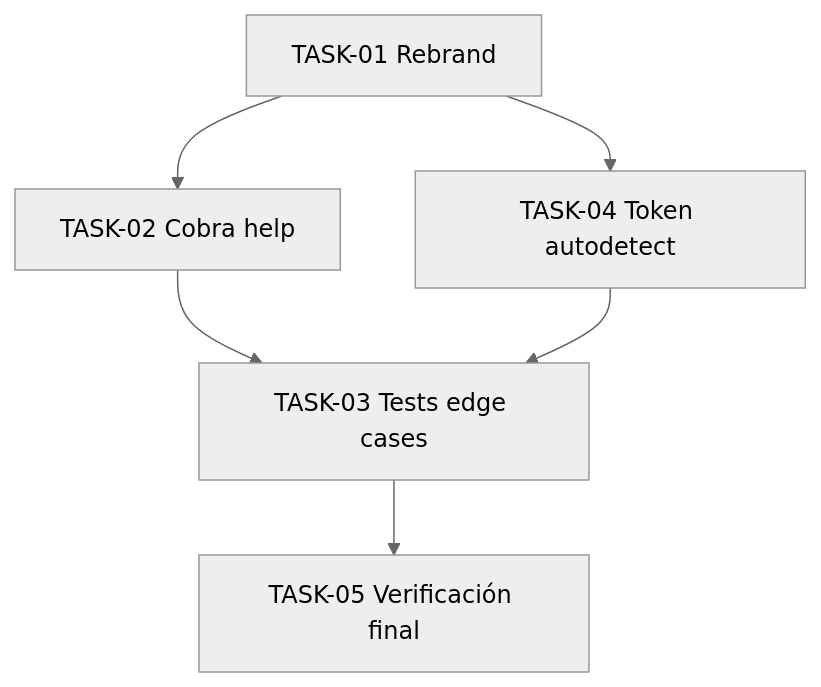
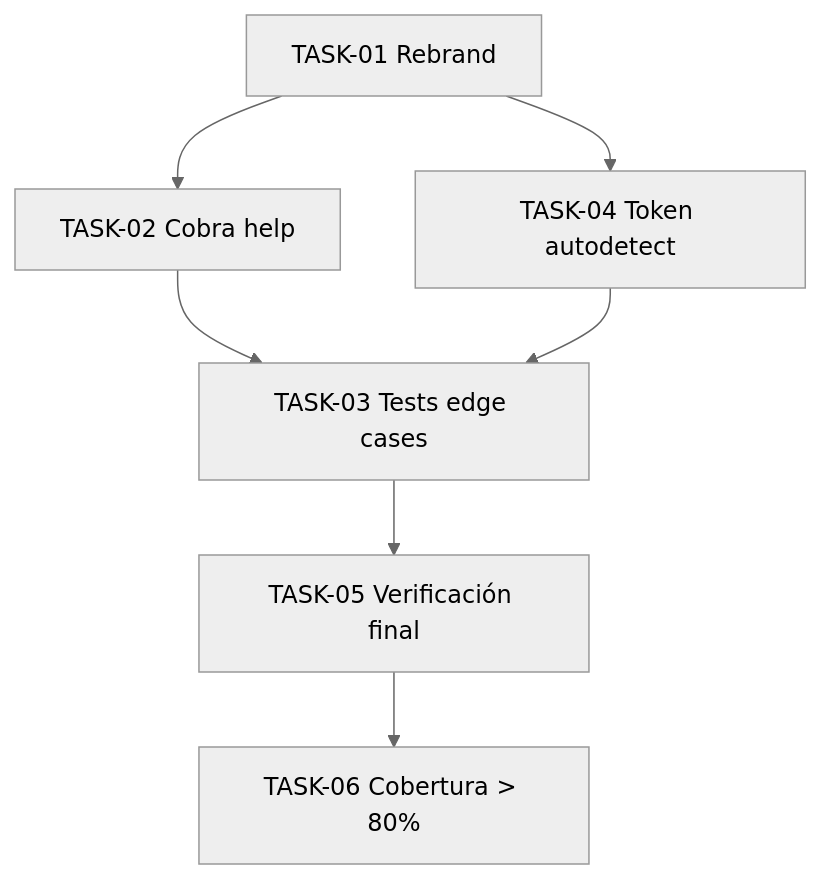
The diagram in docs/tasks/README.md (sebasinmas/MooFetch), drawn with Mermaid (neutral theme) before and after one commit. The commit also changed other lines of this file and 3 other files, not shown here.

````diff
--- a/docs/tasks/README.md
+++ b/docs/tasks/README.md
@@ -5,8 +5,9 @@
 ```mermaid
 graph TD
     T01[TASK-01 Rebrand] --> T02[TASK-02 Cobra help]
     T01 --> T04[TASK-04 Token autodetect]
     T02 --> T03[TASK-03 Tests edge cases]
     T04 --> T03
     T03 --> T05[TASK-05 Verificación final]
+    T05 --> T06[TASK-06 Cobertura > 80%]
 ```
````
